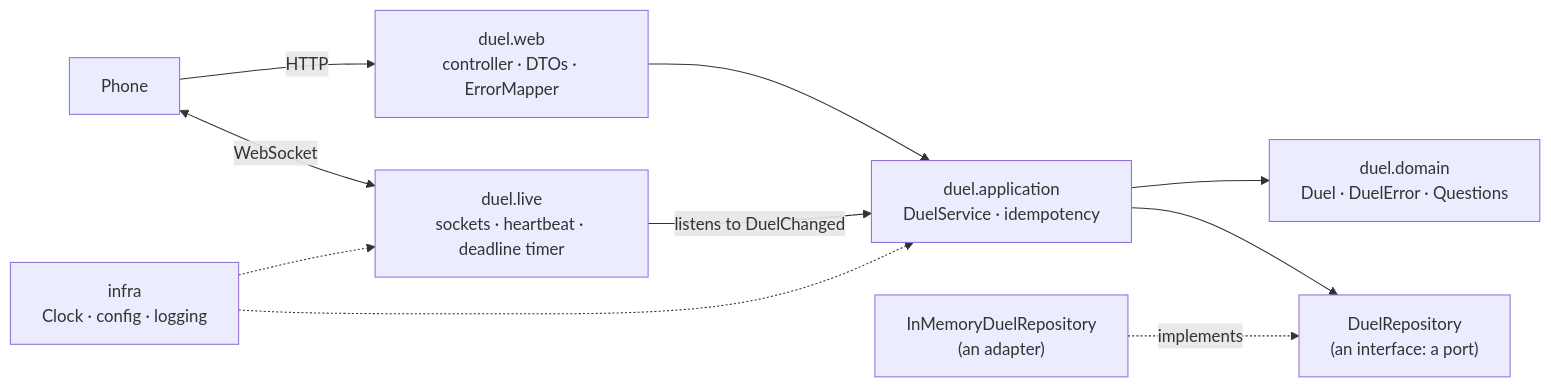
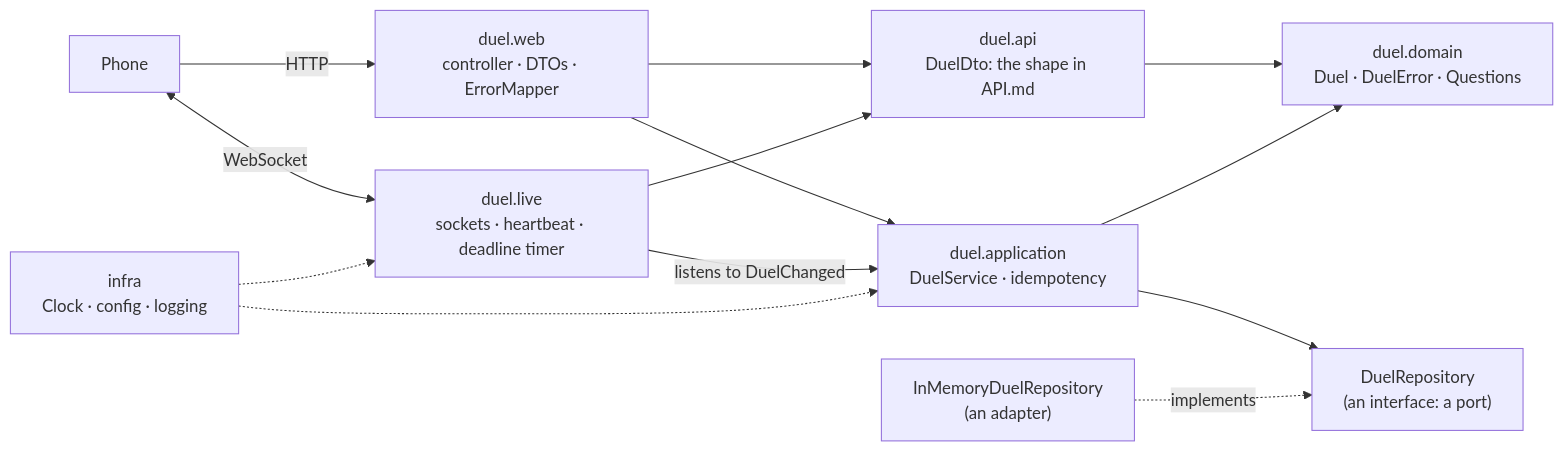
Before and after one commit to harijoshi07/backend-engineering: the first of 4 diagrams in site/src/content/docs/maths/0029-design-doc.mdx, drawn with Mermaid. The commit also changed other lines of this file and 9 other files, not shown here.

````diff
--- a/site/src/content/docs/maths/0029-design-doc.mdx
+++ b/site/src/content/docs/maths/0029-design-doc.mdx
@@ -140,12 +140,15 @@
 ```mermaid
 flowchart LR
     P["Phone"] -->|"HTTP"| W["duel.web<br/>controller · DTOs · ErrorMapper"]
     P <-->|"WebSocket"| L["duel.live<br/>sockets · heartbeat · deadline timer"]
     W --> A["duel.application<br/>DuelService · idempotency"]
+    W --> J["duel.api<br/>DuelDto: the shape in API.md"]
+    L --> J
+    J --> D
     L -->|"listens to DuelChanged"| A
     A --> D["duel.domain<br/>Duel · DuelError · Questions"]
     A --> R["DuelRepository<br/>(an interface: a port)"]
     M["InMemoryDuelRepository<br/>(an adapter)"] -.->|"implements"| R
     I["infra<br/>Clock · config · logging"] -.-> A
     I -.-> L
 ```
````
